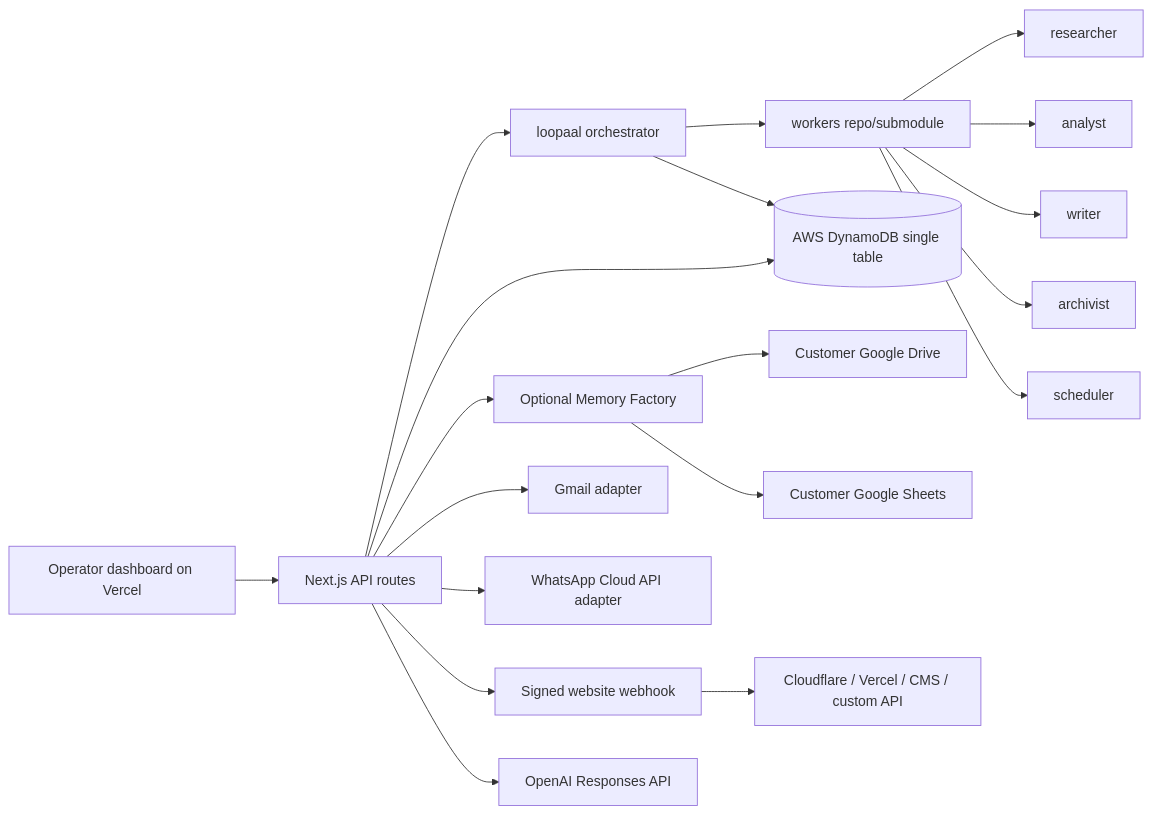
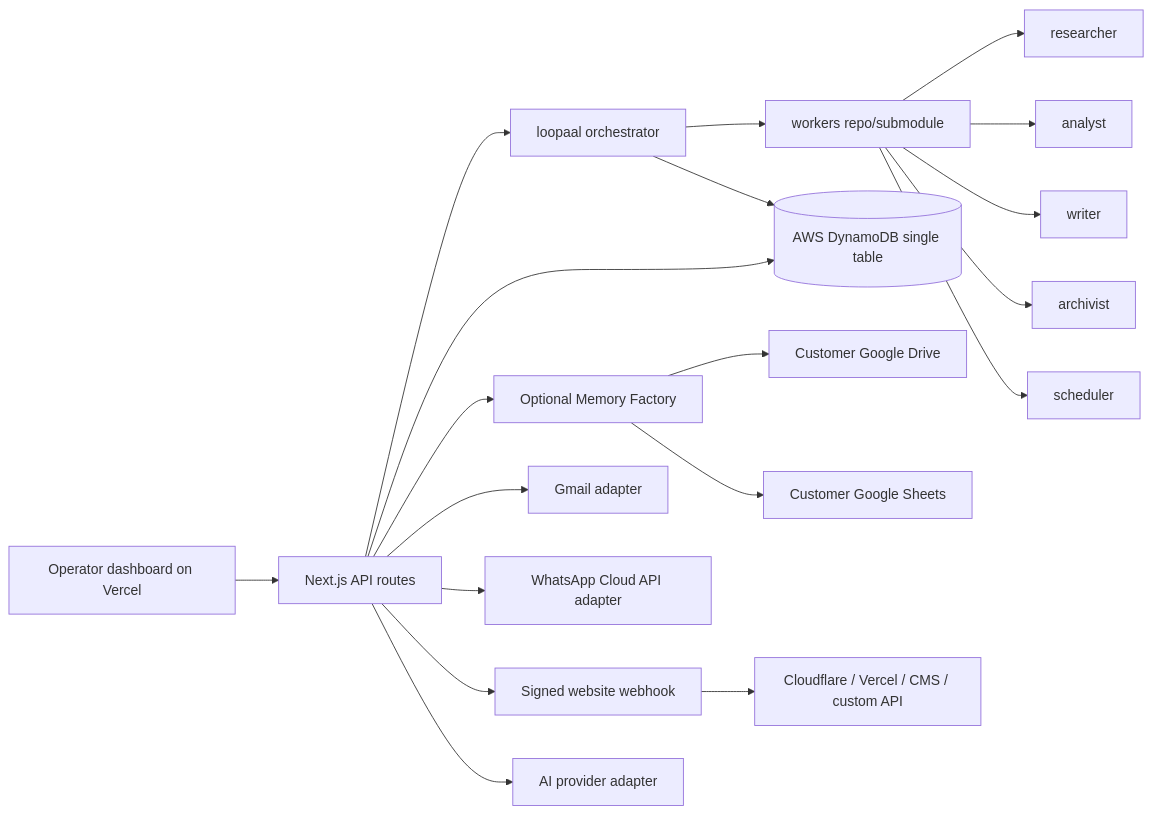
Before and after one commit to 2Cloud-S/loopaal: the diagram in Architecture.md, drawn with Mermaid. The commit also changed other lines of this file and 9 other files, not shown here.

````diff
--- a/Architecture.md
+++ b/Architecture.md
@@ -3,21 +3,21 @@
 ```mermaid
 flowchart LR
   Operator["Operator dashboard on Vercel"] --> API["Next.js API routes"]
   API --> Orchestrator["loopaal orchestrator"]
   Orchestrator --> Workers["workers repo/submodule"]
   Workers --> Researcher["researcher"]
   Workers --> Analyst["analyst"]
   Workers --> Writer["writer"]
   Workers --> Archivist["archivist"]
   Workers --> Scheduler["scheduler"]
   API --> DB[("AWS DynamoDB single table")]
   API --> MemoryFactory["Optional Memory Factory"]
   MemoryFactory --> Drive["Customer Google Drive"]
   MemoryFactory --> Sheets["Customer Google Sheets"]
   Orchestrator --> DB
   API --> Gmail["Gmail adapter"]
   API --> WhatsApp["WhatsApp Cloud API adapter"]
   API --> Website["Signed website webhook"]
   Website --> AnySite["Cloudflare / Vercel / CMS / custom API"]
-  API --> OpenAI["OpenAI Responses API"]
+  API --> AIProvider["AI provider adapter"]
 ```
````
